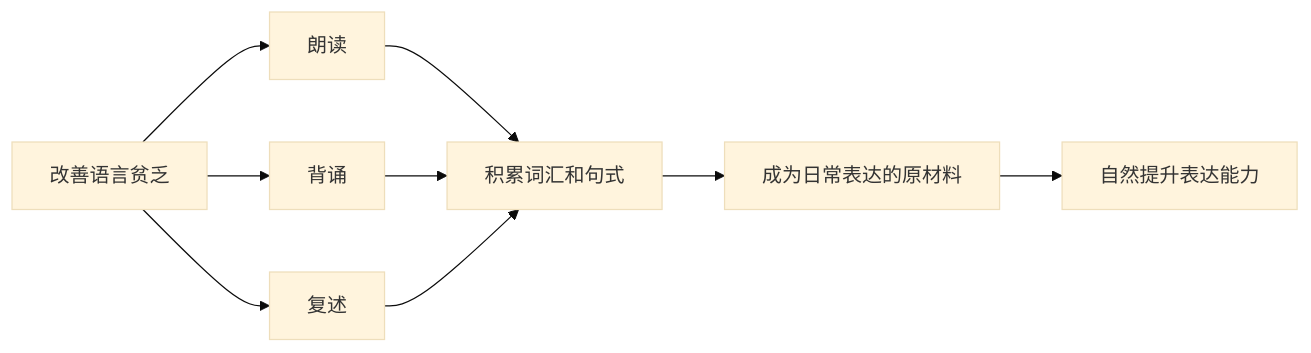
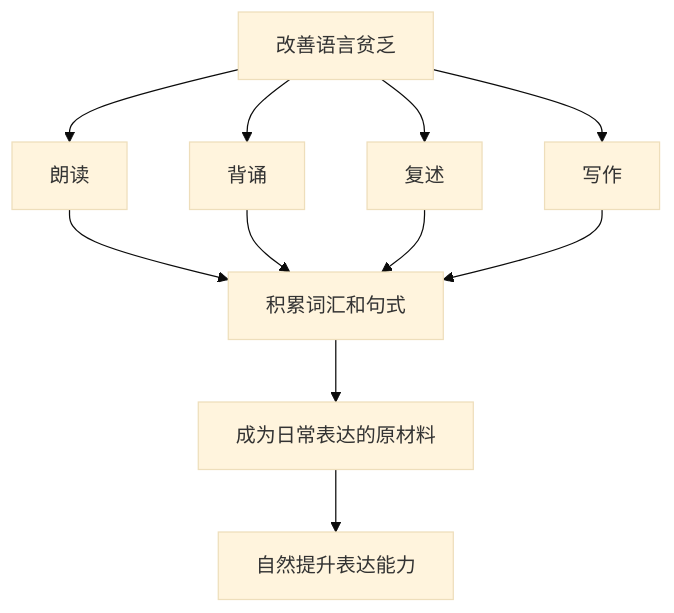
Before and after one commit to chongyang211/YCBookBlog: the eighth of 11 diagrams in 10.自我进阶提升书/06.语言沟通的演进/6.1语言底蕴的提升.md, drawn with Mermaid (base theme). The commit also changed other lines of this file and 8 other files, not shown here.

````diff
--- a/10.自我进阶提升书/06.语言沟通的演进/6.1语言底蕴的提升.md
+++ b/10.自我进阶提升书/06.语言沟通的演进/6.1语言底蕴的提升.md
@@ -191,11 +257,13 @@
 ```mermaid
-graph LR
+graph TD
     A[改善语言贫乏] --> B[朗读]
     A --> C[背诵]
     A --> D[复述]
-    B --> E[积累词汇和句式]
-    C --> E
-    D --> E
-    E --> F[成为日常表达的原材料]
-    F --> G[自然提升表达能力]
+    A --> E[写作]
+    B --> F[积累词汇和句式]
+    C --> F
+    D --> F
+    E --> F
+    F --> G[成为日常表达的原材料]
+    G --> H[自然提升表达能力]
 ```
````
